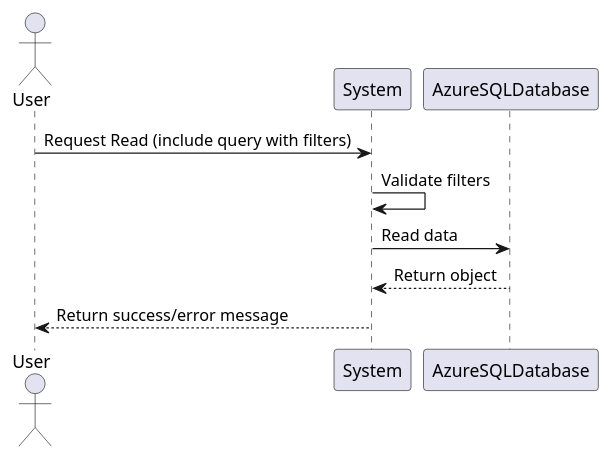
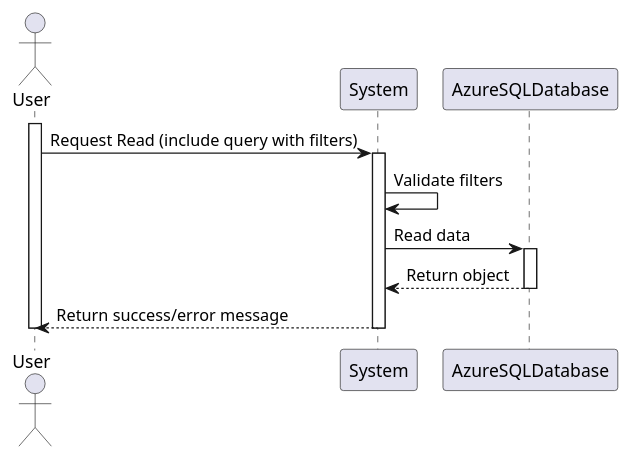
The diagram in docs/SprintB/SoftwareArchitecture/ComponentDiagrams/Level1/ProcessView/Read/SSD-Read.puml (1221124/sem5pi-24-25-g031), drawn with PlantUML before and after one commit. The commit also changed 2 other files, not shown here.

Commit message:
#2 Architecture Artifacts Level 1 Create
level 1 process View Read

```diff
--- a/docs/SprintB/SoftwareArchitecture/ComponentDiagrams/Level1/ProcessView/Read/SSD-Read.puml
+++ b/docs/SprintB/SoftwareArchitecture/ComponentDiagrams/Level1/ProcessView/Read/SSD-Read.puml
@@ -1,13 +1,22 @@
 @startuml SSD-Read
 
 actor User
 participant System
 participant AzureSQLDatabase
 
-User -> System : Request Read (include query with filters)
-System -> System : Validate filters
-System -> AzureSQLDatabase : Read data
-AzureSQLDatabase --> System : Return object
-System --> User : Return success/error message
-
+activate User
+    User -> System : Request Read (include query with filters)
+    activate System
+    
+        System -> System : Validate filters
+        
+        System -> AzureSQLDatabase : Read data
+        activate AzureSQLDatabase
+            
+            AzureSQLDatabase --> System : Return object
+        deactivate AzureSQLDatabase
+        
+        System --> User : Return success/error message
+    deactivate System
+deactivate User    
 @enduml
```
